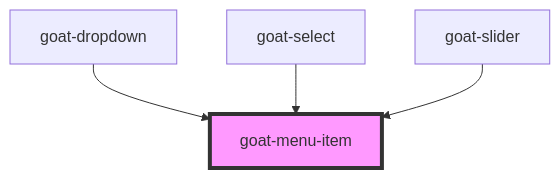
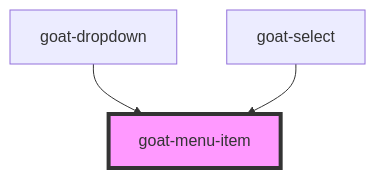
One commit to goatui/components changed the diagram in src/components/general/menu/menu-item/readme.md. Above: the diagram before and after it, drawn with Mermaid. The commit also changed other lines of this file and 60 other files, not shown here.

````diff
--- a/src/components/general/menu/menu-item/readme.md
+++ b/src/components/general/menu/menu-item/readme.md
@@ -58,7 +57,6 @@
 ```mermaid
 graph TD;
   goat-dropdown --> goat-menu-item
   goat-select --> goat-menu-item
-  goat-slider --> goat-menu-item
   style goat-menu-item fill:#f9f,stroke:#333,stroke-width:4px
 ```
````
